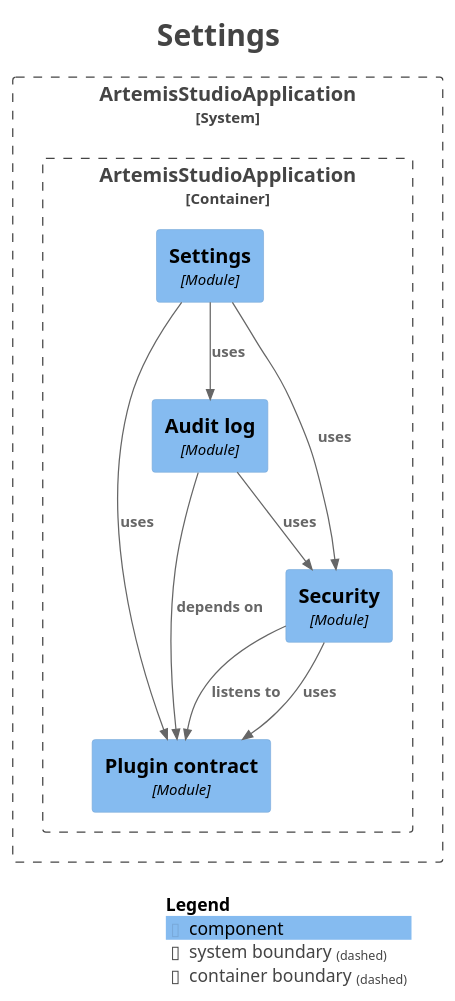
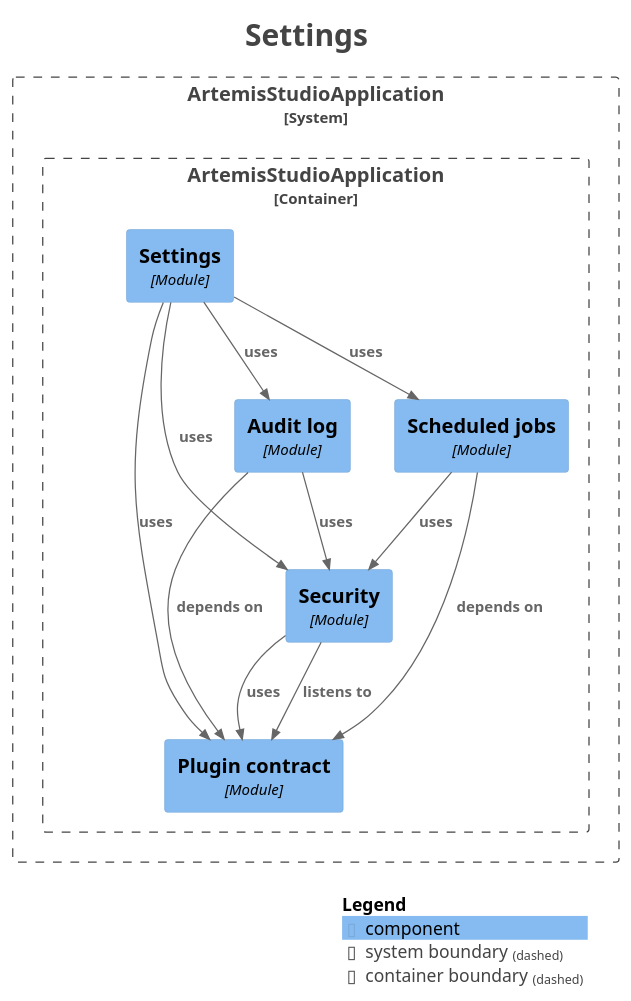
Before and after one commit to sudoitir/artemis-studio: the diagram in docs/modules/module-kernel.settings.puml, drawn with PlantUML. The commit also changed 38 other files, not shown here.

```diff
--- a/docs/modules/module-kernel.settings.puml
+++ b/docs/modules/module-kernel.settings.puml
@@ -1,38 +1,42 @@
 @startuml
 title <size:24>Settings</size>
 
 set separator none
 top to bottom direction
 
 <style>
   root {
     BackgroundColor: #ffffff
     FontColor: #444444
   }
 </style>
 
 !include <C4/C4>
 !include <C4/C4_Context>
 !include <C4/C4_Component>
 
 System_Boundary("ArtemisStudioApplication_boundary", "ArtemisStudioApplication", $tags="") {
   Container_Boundary("ArtemisStudioApplication.ArtemisStudioApplication_boundary", "ArtemisStudioApplication", $tags="") {
     Component(ArtemisStudioApplication.ArtemisStudioApplication.Settings, "Settings", $techn="Module", $descr="", $tags="", $link="")
     Component(ArtemisStudioApplication.ArtemisStudioApplication.Plugincontract, "Plugin contract", $techn="Module", $descr="", $tags="", $link="")
     Component(ArtemisStudioApplication.ArtemisStudioApplication.Security, "Security", $techn="Module", $descr="", $tags="", $link="")
     Component(ArtemisStudioApplication.ArtemisStudioApplication.Auditlog, "Audit log", $techn="Module", $descr="", $tags="", $link="")
+    Component(ArtemisStudioApplication.ArtemisStudioApplication.Scheduledjobs, "Scheduled jobs", $techn="Module", $descr="", $tags="", $link="")
   }
 
 }
 
 Rel(ArtemisStudioApplication.ArtemisStudioApplication.Auditlog, ArtemisStudioApplication.ArtemisStudioApplication.Plugincontract, "depends on", $techn="", $tags="", $link="")
 Rel(ArtemisStudioApplication.ArtemisStudioApplication.Auditlog, ArtemisStudioApplication.ArtemisStudioApplication.Security, "uses", $techn="", $tags="", $link="")
+Rel(ArtemisStudioApplication.ArtemisStudioApplication.Scheduledjobs, ArtemisStudioApplication.ArtemisStudioApplication.Plugincontract, "depends on", $techn="", $tags="", $link="")
+Rel(ArtemisStudioApplication.ArtemisStudioApplication.Scheduledjobs, ArtemisStudioApplication.ArtemisStudioApplication.Security, "uses", $techn="", $tags="", $link="")
 Rel(ArtemisStudioApplication.ArtemisStudioApplication.Security, ArtemisStudioApplication.ArtemisStudioApplication.Plugincontract, "listens to", $techn="", $tags="", $link="")
 Rel(ArtemisStudioApplication.ArtemisStudioApplication.Security, ArtemisStudioApplication.ArtemisStudioApplication.Plugincontract, "uses", $techn="", $tags="", $link="")
 Rel(ArtemisStudioApplication.ArtemisStudioApplication.Settings, ArtemisStudioApplication.ArtemisStudioApplication.Auditlog, "uses", $techn="", $tags="", $link="")
 Rel(ArtemisStudioApplication.ArtemisStudioApplication.Settings, ArtemisStudioApplication.ArtemisStudioApplication.Plugincontract, "uses", $techn="", $tags="", $link="")
+Rel(ArtemisStudioApplication.ArtemisStudioApplication.Settings, ArtemisStudioApplication.ArtemisStudioApplication.Scheduledjobs, "uses", $techn="", $tags="", $link="")
 Rel(ArtemisStudioApplication.ArtemisStudioApplication.Settings, ArtemisStudioApplication.ArtemisStudioApplication.Security, "uses", $techn="", $tags="", $link="")
 
 SHOW_LEGEND(true)
 hide stereotypes
 @enduml
```
